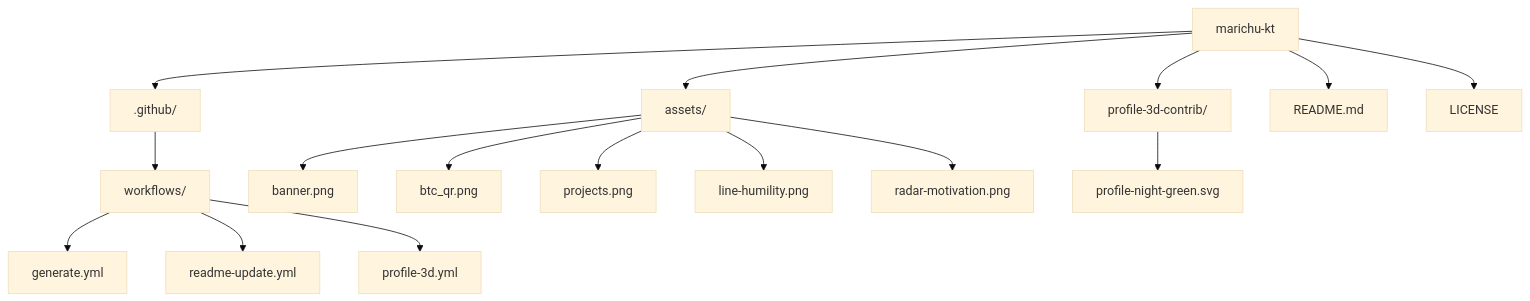
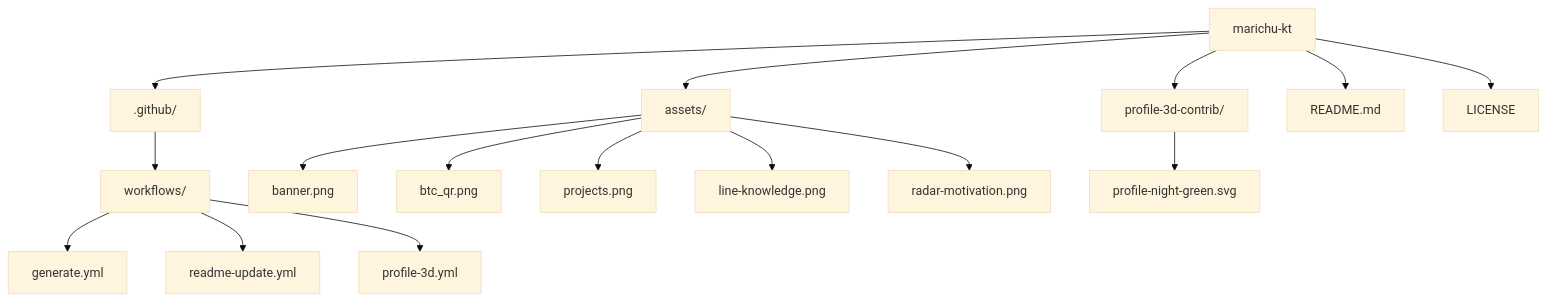
Before and after one commit to marichu-kt/marichu-kt: the diagram in README.md, drawn with Mermaid (base theme). The commit also changed other lines of this file, not shown here.

````diff
--- a/README.md
+++ b/README.md
@@ -129,21 +129,21 @@
 ```mermaid
 graph TD
   A[marichu-kt] --> B[.github/]
   B --> C[workflows/]
   C --> D[generate.yml]
   C --> K[readme-update.yml]
   C --> L[profile-3d.yml]
 
   A --> E[assets/]
   E --> F[banner.png]
   E --> I[btc_qr.png]
   E --> J[projects.png]
-  E --> N[line-humility.png]
+  E --> N[line-knowledge.png]
   E --> O[radar-motivation.png]
 
   A --> M[profile-3d-contrib/]
   M --> M1[profile-night-green.svg]
 
   A --> G[README.md]
   A --> H[LICENSE]
 ```
````
